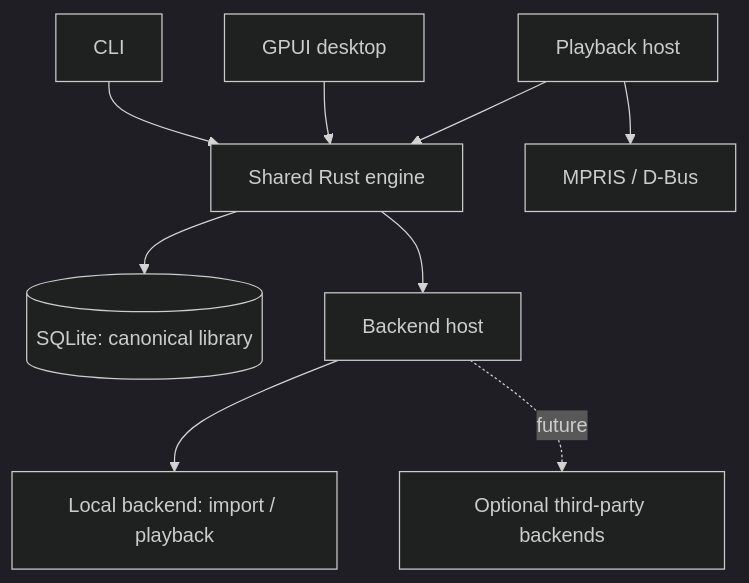
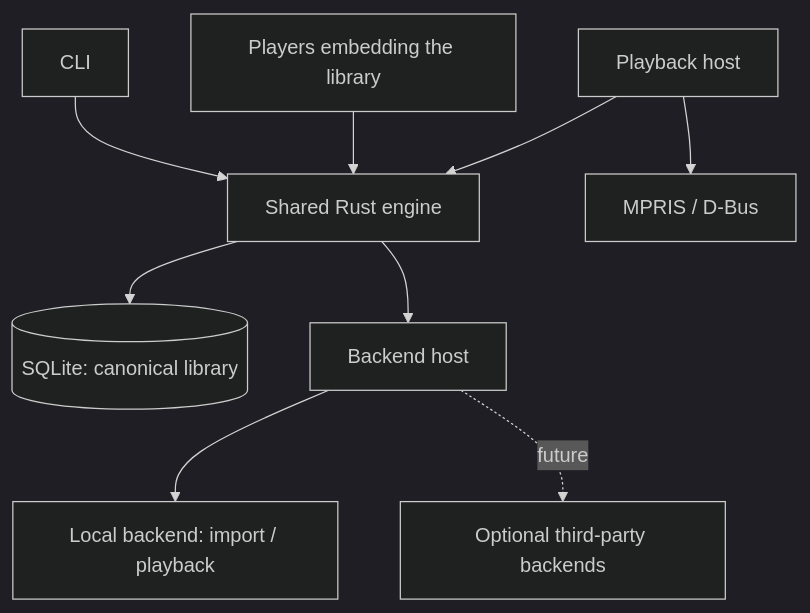
Before and after one commit to VaZark/weave: the first of 2 diagrams in goals.md, drawn with Mermaid (dark theme). The commit also changed other lines of this file and 21 other files, not shown here.

````diff
--- a/goals.md
+++ b/goals.md
@@ -85,11 +85,11 @@
 ```mermaid
 flowchart TD
     CLI[CLI] --> API[Shared Rust engine]
-    GUI[GPUI desktop] --> API
+    APPS[Players embedding the library] --> API
     PLAYER[Playback host] --> API
     PLAYER --> MPRIS[MPRIS / D-Bus]
     API --> DB[(SQLite: canonical library)]
     API --> HOST[Backend host]
     HOST --> LOCAL[Local backend: import / playback]
     HOST -. future .-> EXT[Optional third-party backends]
 ```
````
